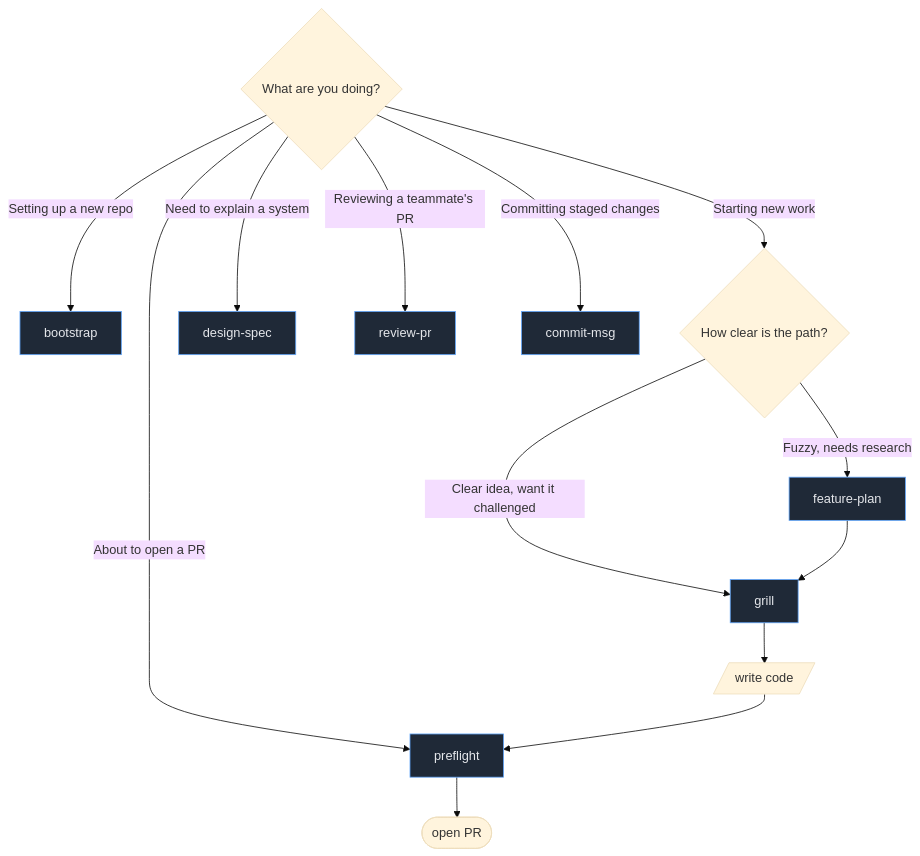
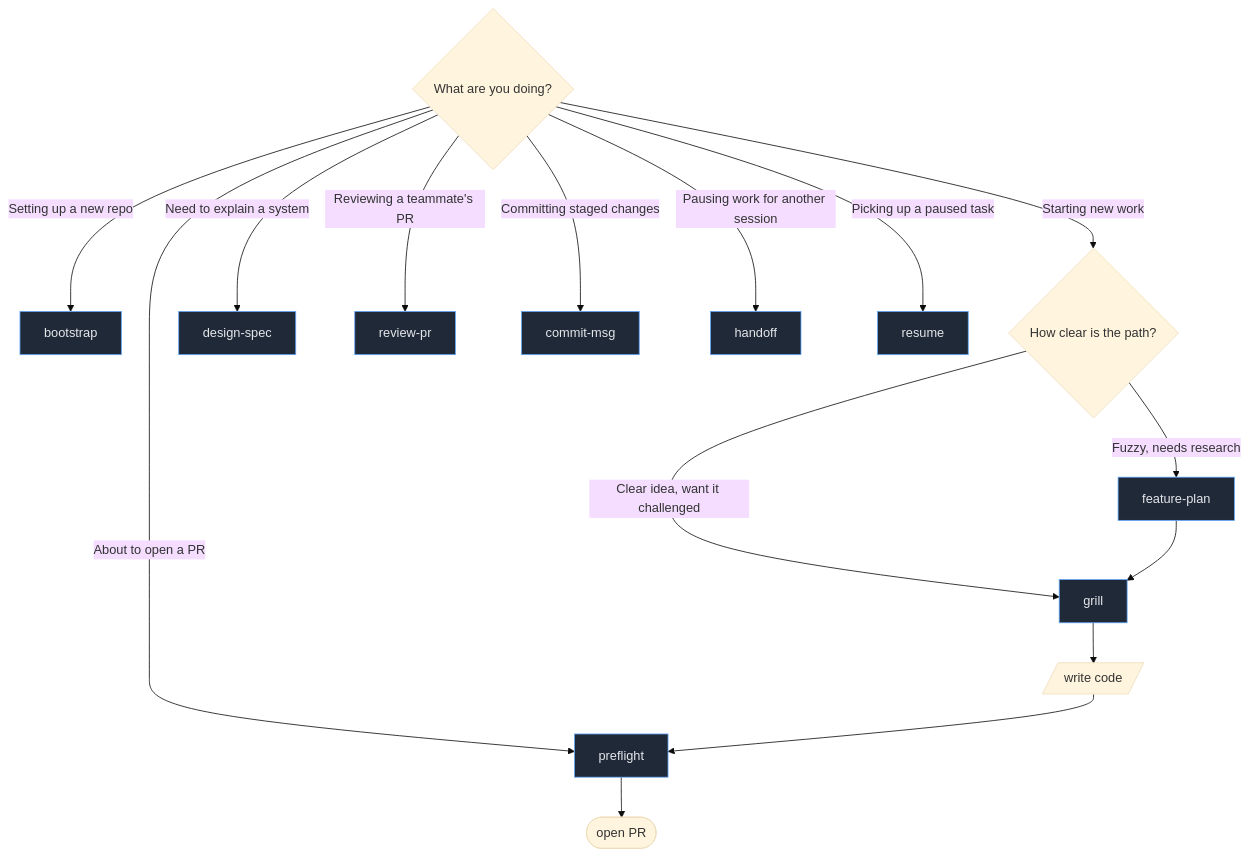
Before and after one commit to powerslider/nitpickle: the second of 5 diagrams in README.md, drawn with Mermaid (base theme). The commit also changed other lines of this file and 12 other files, not shown here.

First line of the commit message:
feat: add handoff and resume skills for cross-session pickup

````diff
--- a/README.md
+++ b/README.md
@@ -160,20 +168,22 @@
 ```mermaid
 flowchart TD
     Q{What are you doing?}
     Q -->|Setting up a new repo| IN[bootstrap]
     Q -->|Starting new work| A{How clear is the path?}
     A -->|Fuzzy, needs research| FP[feature-plan]
     A -->|Clear idea, want it challenged| GR[grill]
     Q -->|Need to explain a system| DS[design-spec]
     Q -->|About to open a PR| PF[preflight]
     Q -->|Reviewing a teammate's PR| RV[review-pr]
     Q -->|Committing staged changes| CM[commit-msg]
+    Q -->|Pausing work for another session| HO[handoff]
+    Q -->|Picking up a paused task| RE[resume]
 
     FP --> GR
     GR --> code[/write code/]
     code --> PF
     PF --> open([open PR])
 
     classDef s fill:#1f2937,stroke:#60a5fa,color:#e5e7eb
-    class IN,FP,GR,DS,PF,RV,CM s
+    class IN,FP,GR,DS,PF,RV,CM,HO,RE s
 ```
````
